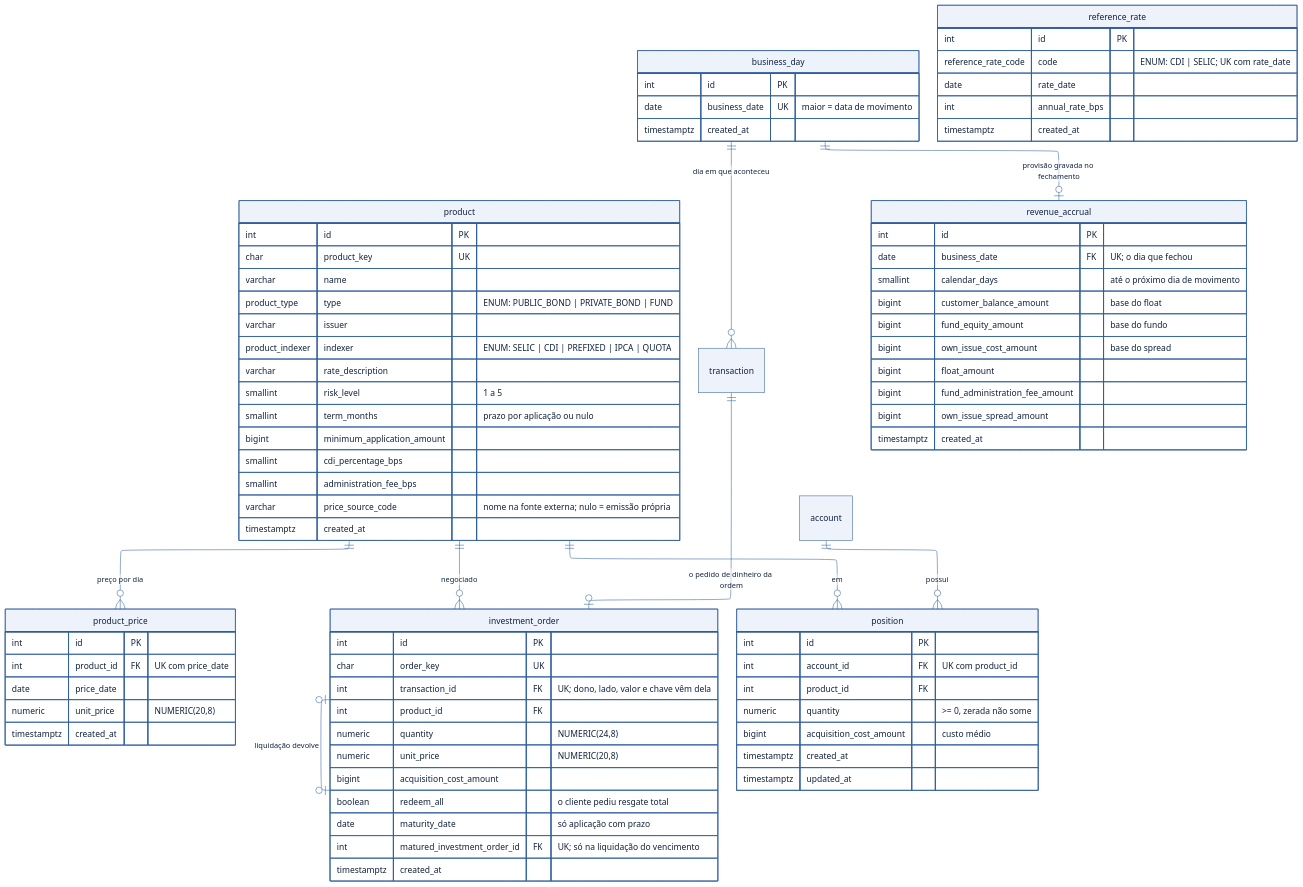
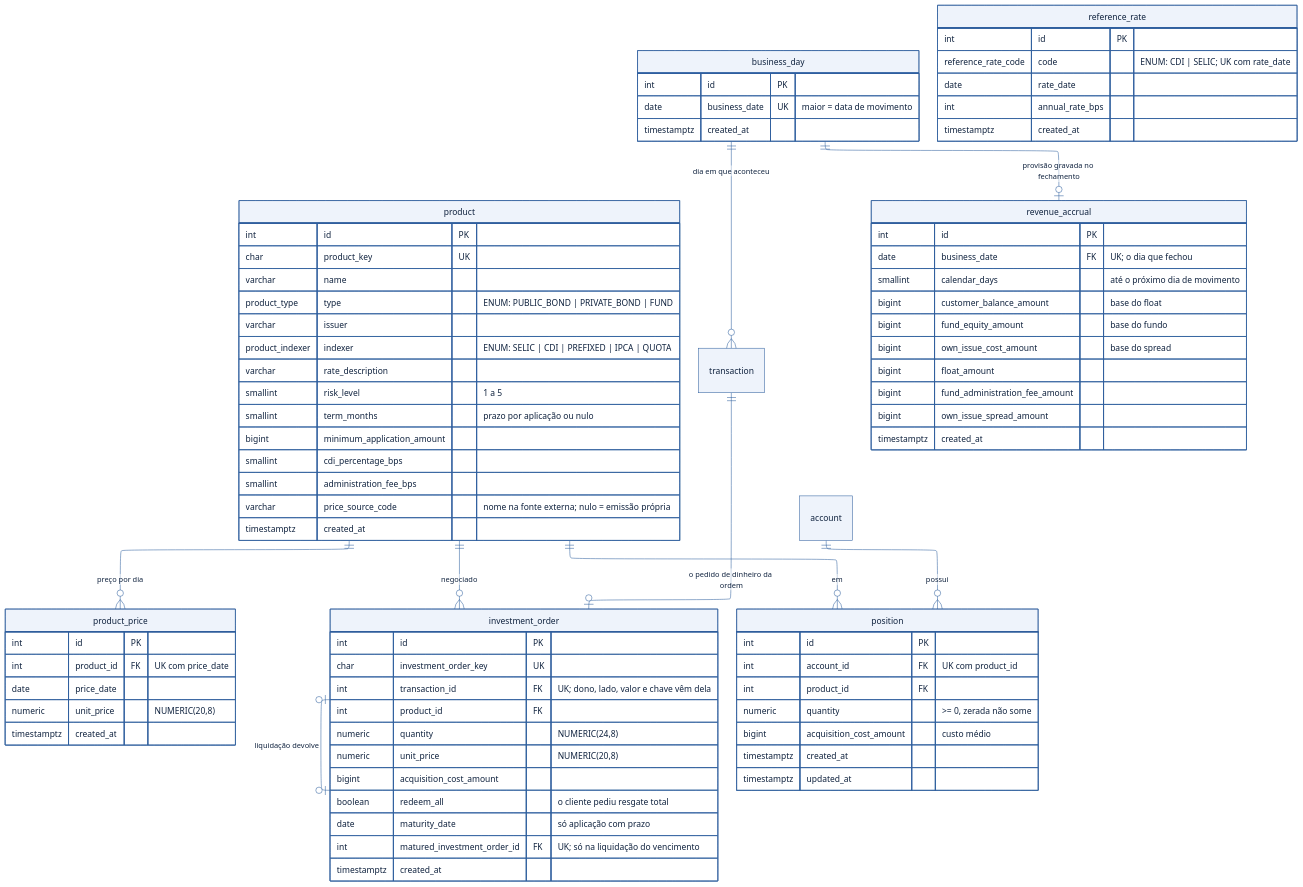
The diagram in docs/diagramas/er-produtos-e-ordens.mmd (heluylucas/bootcamp-qi-tech-presidas-), drawn with Mermaid before and after one commit. The commit also changed 17 other files, not shown here.

```diff
--- a/docs/diagramas/er-produtos-e-ordens.mmd
+++ b/docs/diagramas/er-produtos-e-ordens.mmd
@@ -1,97 +1,98 @@
 ---
 config:
+  look: classic
   theme: base
   themeVariables:
     primaryColor: "#eef3fb"
     primaryBorderColor: "#2f5f9e"
     primaryTextColor: "#10233f"
     lineColor: "#2f5f9e"
     secondaryColor: "#f7f9fd"
     tertiaryColor: "#ffffff"
     noteBkgColor: "#f7f9fd"
     noteBorderColor: "#2f5f9e"
     noteTextColor: "#10233f"
   layout: elk
   elk:
     mergeEdges: false
     nodePlacementStrategy: NETWORK_SIMPLEX
 ---
 erDiagram
     product ||--o{ product_price : "preço por dia"
     transaction ||--o| investment_order : "o pedido de dinheiro da ordem"
     product ||--o{ investment_order : "negociado"
     investment_order |o--o| investment_order : "liquidação devolve"
     account ||--o{ position : "possui"
     product ||--o{ position : "em"
     business_day ||--o{ transaction : "dia em que aconteceu"
     business_day ||--o| revenue_accrual : "provisão gravada no fechamento"
 
     product {
         int id PK
         char product_key UK
         varchar name
         product_type type "ENUM: PUBLIC_BOND | PRIVATE_BOND | FUND"
         varchar issuer
         product_indexer indexer "ENUM: SELIC | CDI | PREFIXED | IPCA | QUOTA"
         varchar rate_description
         smallint risk_level "1 a 5"
         smallint term_months "prazo por aplicação ou nulo"
         bigint minimum_application_amount
         smallint cdi_percentage_bps
         smallint administration_fee_bps
         varchar price_source_code "nome na fonte externa; nulo = emissão própria"
         timestamptz created_at
     }
     product_price {
         int id PK
         int product_id FK "UK com price_date"
         date price_date
         numeric unit_price "NUMERIC(20,8)"
         timestamptz created_at
     }
     business_day {
         int id PK
         date business_date UK "maior = data de movimento"
         timestamptz created_at
     }
     reference_rate {
         int id PK
         reference_rate_code code "ENUM: CDI | SELIC; UK com rate_date"
         date rate_date
         int annual_rate_bps
         timestamptz created_at
     }
     investment_order {
         int id PK
-        char order_key UK
+        char investment_order_key UK
         int transaction_id FK "UK; dono, lado, valor e chave vêm dela"
         int product_id FK
         numeric quantity "NUMERIC(24,8)"
         numeric unit_price "NUMERIC(20,8)"
         bigint acquisition_cost_amount
         boolean redeem_all "o cliente pediu resgate total"
         date maturity_date "só aplicação com prazo"
         int matured_investment_order_id FK "UK; só na liquidação do vencimento"
         timestamptz created_at
     }
     position {
         int id PK
         int account_id FK "UK com product_id"
         int product_id FK
         numeric quantity ">= 0, zerada não some"
         bigint acquisition_cost_amount "custo médio"
         timestamptz created_at
         timestamptz updated_at
     }
     revenue_accrual {
         int id PK
         date business_date FK "UK; o dia que fechou"
         smallint calendar_days "até o próximo dia de movimento"
         bigint customer_balance_amount "base do float"
         bigint fund_equity_amount "base do fundo"
         bigint own_issue_cost_amount "base do spread"
         bigint float_amount
         bigint fund_administration_fee_amount
         bigint own_issue_spread_amount
         timestamptz created_at
     }
```
